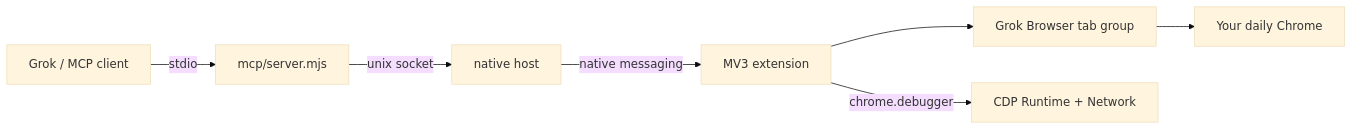
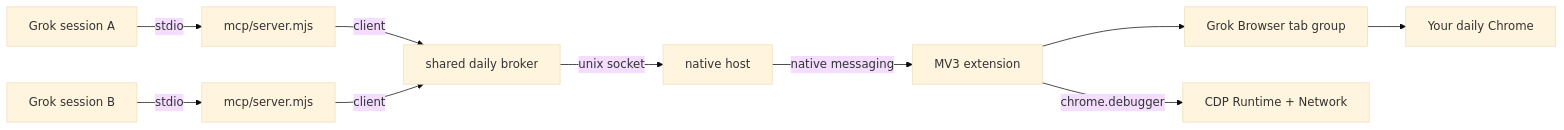
The diagram in README.md (LiFeiYu-boost/grok-browser-use), drawn with Mermaid (base theme) before and after one commit. The commit also changed other lines of this file and 10 other files, not shown here.

First line of the commit message:
Fix #8: share one daily broker across Grok sessions

````diff
--- a/README.md
+++ b/README.md
@@ -29,9 +29,12 @@
 ```mermaid
 flowchart LR
-  G[Grok / MCP client] -->|stdio| M[mcp/server.mjs]
-  M -->|unix socket| H[native host]
+  G1[Grok session A] -->|stdio| M1[mcp/server.mjs]
+  G2[Grok session B] -->|stdio| M2[mcp/server.mjs]
+  M1 -->|client| HUB[shared daily broker]
+  M2 -->|client| HUB
+  HUB -->|unix socket| H[native host]
   H -->|native messaging| E[MV3 extension]
   E --> T[Grok Browser tab group]
   T --> C[Your daily Chrome]
   E -->|chrome.debugger| D[CDP Runtime + Network]
 ```
````
